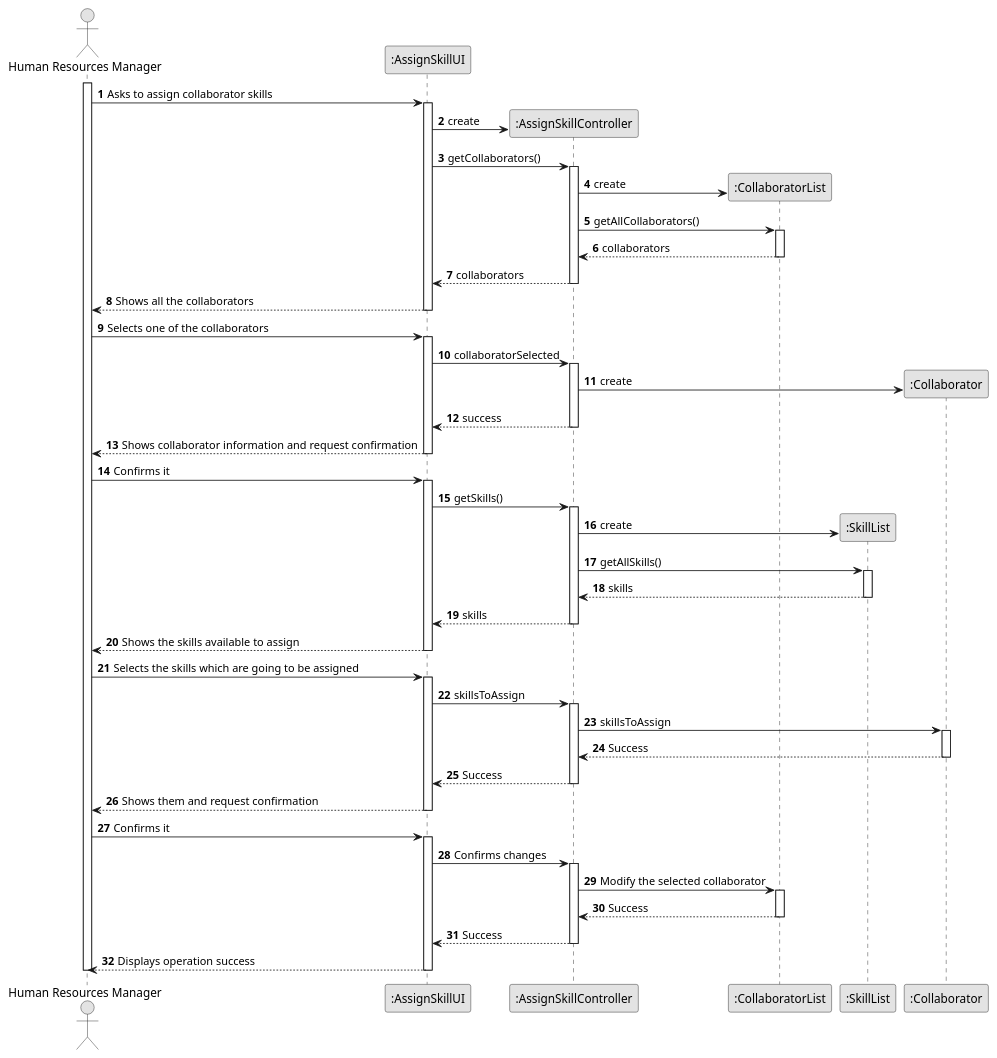
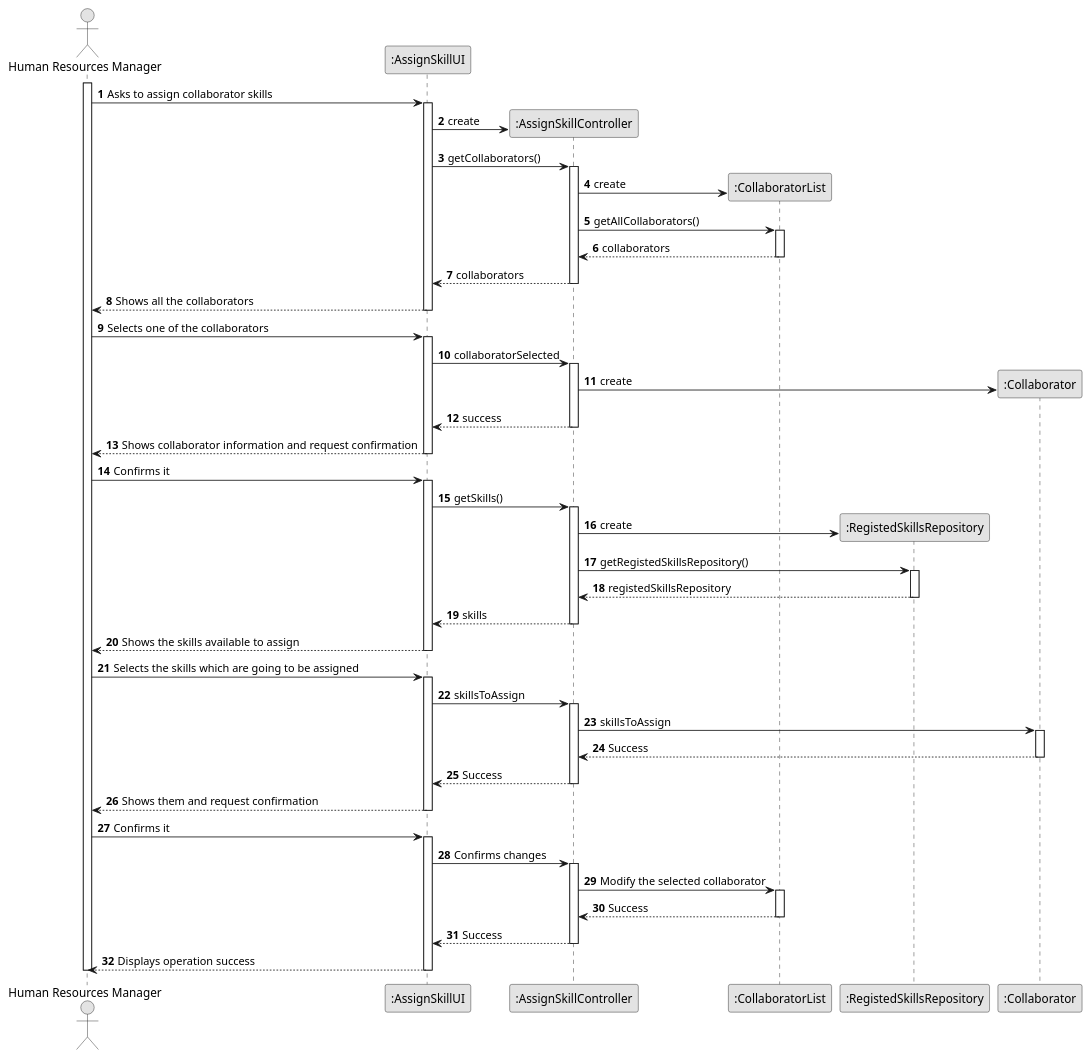
The diagram in docs/sprint2/us004/03.design/puml/us004-sequence-diagram-full.puml (1231360-ISEP/lei-24-s2-1db-g021), drawn with PlantUML before and after one commit.

Commit message:
US004 - Changing the sequence diagram.

```diff
--- a/docs/sprint2/us004/03.design/puml/us004-sequence-diagram-full.puml
+++ b/docs/sprint2/us004/03.design/puml/us004-sequence-diagram-full.puml
@@ -1,110 +1,110 @@
 @startuml
 skinparam monochrome true
 skinparam packageStyle rectangle
 skinparam shadowing false
 
 autonumber
 
 'hide footbox
 actor "Human Resources Manager" as ADM
 participant ":AssignSkillUI" as UI
 participant ":AssignSkillController" as CTRL
 participant ":CollaboratorList" as CollaboratorList
-participant ":SkillList" as SkillList
+participant ":RegistedSkillsRepository" as RegistedSkillsRepository
 participant ":Collaborator" as Collaborator
 
 activate ADM
 
         ADM -> UI : Asks to assign collaborator skills
 
         activate UI
             UI -> CTRL** : create
             UI -> CTRL : getCollaborators()
 
             activate CTRL
 
                 CTRL -> CollaboratorList** : create
                 CTRL -> CollaboratorList : getAllCollaborators()
 
                 activate CollaboratorList
                     CollaboratorList --> CTRL: collaborators
                 deactivate CollaboratorList
 
                 CTRL --> UI : collaborators
             deactivate CTRL
 
             UI --> ADM : Shows all the collaborators
         deactivate UI
 
         ADM -> UI : Selects one of the collaborators
 
         activate UI
 
             UI -> CTRL : collaboratorSelected
 
             activate CTRL
                 CTRL -> Collaborator** : create
                 CTRL --> UI : success
             deactivate CTRL
 
             UI --> ADM : Shows collaborator information and request confirmation
         deactivate UI
 
         ADM -> UI : Confirms it
 
         activate UI
             UI -> CTRL : getSkills()
 
             activate CTRL
-                CTRL -> SkillList** : create
-                CTRL -> SkillList : getAllSkills()
+                CTRL -> RegistedSkillsRepository** : create
+                CTRL -> RegistedSkillsRepository : getRegistedSkillsRepository()
 
-                activate SkillList
-                    SkillList --> CTRL : skills
-                deactivate SkillList
+                activate RegistedSkillsRepository
+                    RegistedSkillsRepository --> CTRL : registedSkillsRepository
+                deactivate RegistedSkillsRepository
 
                 CTRL --> UI : skills
             deactivate CTRL
 
             UI --> ADM : Shows the skills available to assign
         deactivate UI
 
         ADM -> UI : Selects the skills which are going to be assigned
 
         activate UI
             UI -> CTRL : skillsToAssign
 
             activate CTRL
                 CTRL -> Collaborator : skillsToAssign
 
                 activate Collaborator
                     Collaborator --> CTRL : Success
                 deactivate Collaborator
 
                 CTRL --> UI : Success
             deactivate CTRL
 
             UI --> ADM : Shows them and request confirmation
         deactivate UI
 
         ADM -> UI : Confirms it
 
         activate UI
             UI -> CTRL : Confirms changes
             
             activate CTRL
                 CTRL -> CollaboratorList : Modify the selected collaborator
 
                 activate CollaboratorList
                     CollaboratorList --> CTRL : Success
                 deactivate CollaboratorList
 
                 CTRL --> UI : Success
             deactivate CTRL
 
             UI --> ADM : Displays operation success
         deactivate UI
 
 deactivate ADM
 
 @enduml
```
